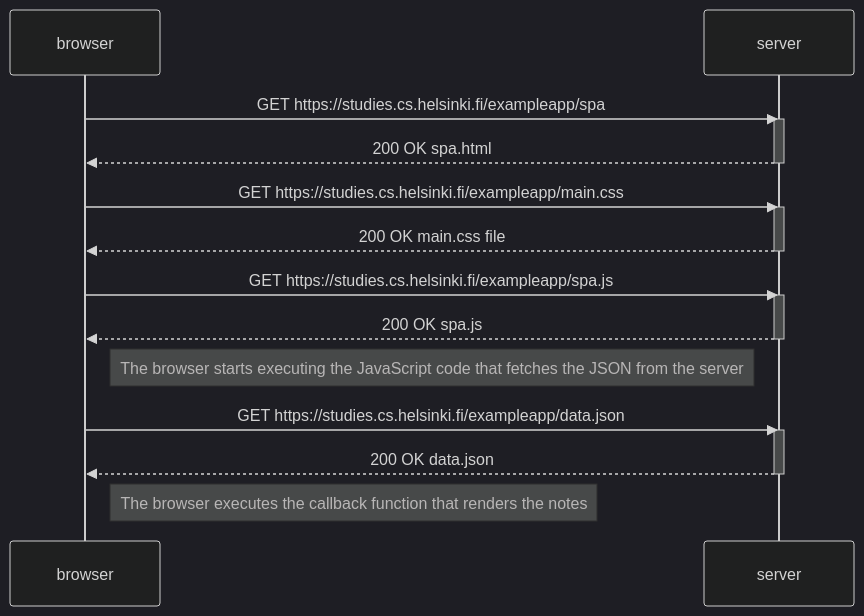
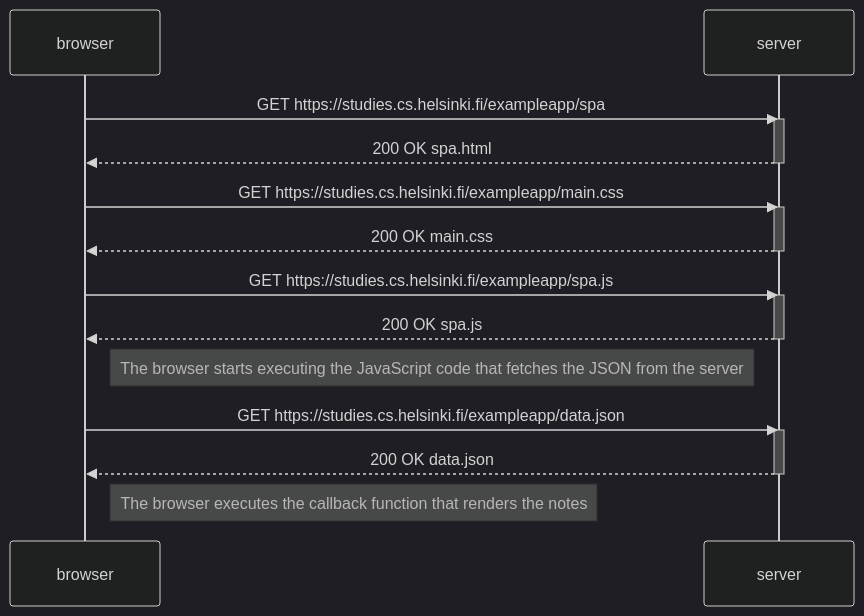
Before and after one commit to sleffen/fullstackopen: the diagram in part0/0.5/sequence.md, drawn with Mermaid (dark theme).

````diff
--- a/part0/0.5/sequence.md
+++ b/part0/0.5/sequence.md
@@ -1,29 +1,29 @@
 ```mermaid
 sequenceDiagram
     participant browser
     participant server
 
     browser->>server: GET https://studies.cs.helsinki.fi/exampleapp/spa
     activate server
     server-->>browser: 200 OK spa.html
     deactivate server
 
     browser->>server: GET https://studies.cs.helsinki.fi/exampleapp/main.css
     activate server
-    server-->>browser: 200 OK main.css file
+    server-->>browser: 200 OK main.css
     deactivate server
 
     browser->>server: GET https://studies.cs.helsinki.fi/exampleapp/spa.js
     activate server
     server-->>browser: 200 OK spa.js
     deactivate server
 
     Note right of browser: The browser starts executing the JavaScript code that fetches the JSON from the server
 
     browser->>server: GET https://studies.cs.helsinki.fi/exampleapp/data.json
     activate server
     server-->>browser: 200 OK data.json
     deactivate server
 
     Note right of browser: The browser executes the callback function that renders the notes
 ```
````
